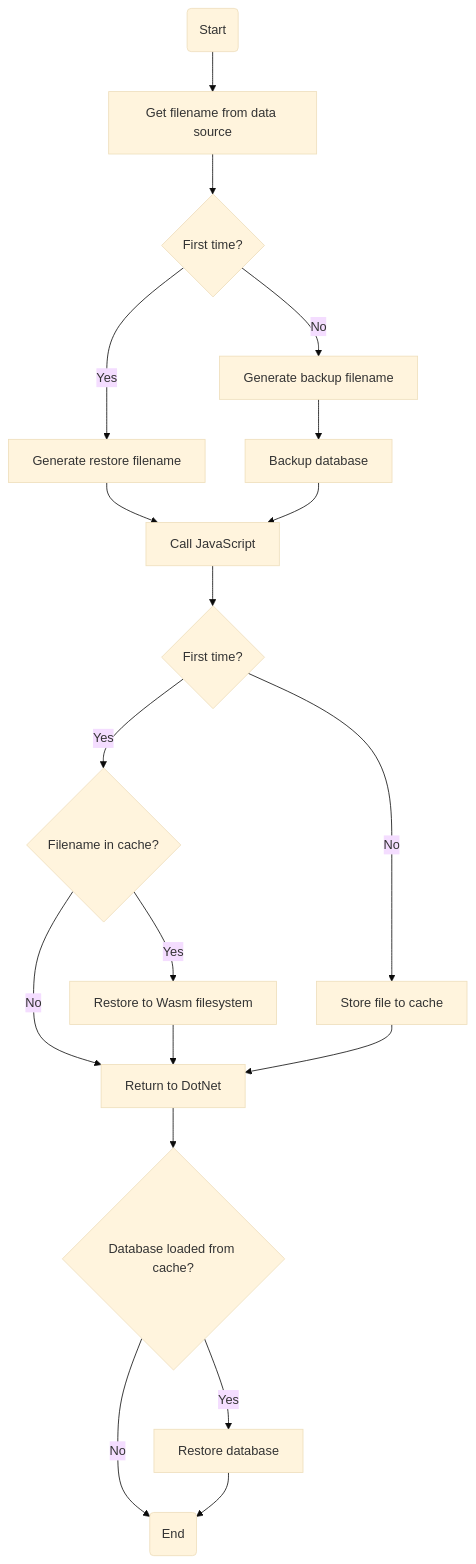
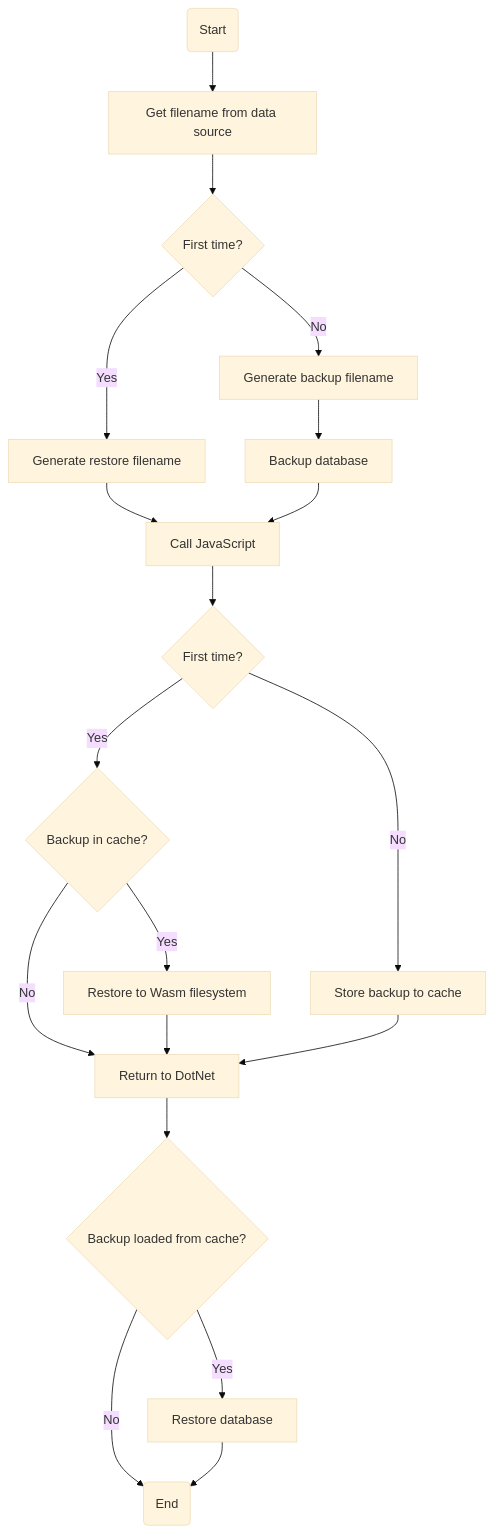
Before and after one commit to JeremyLikness/SqliteWasmHelper: the diagram in README.md, drawn with Mermaid (base theme). The commit also changed other lines of this file, not shown here.

Commit message:
add'l docs #skip_ci

````diff
--- a/README.md
+++ b/README.md
@@ -69,21 +69,21 @@
 ```mermaid
 graph TD
 A(Start) --> B[Get filename from data source]
 B --> C{First time?}
 C -->|Yes| D[Generate restore filename]
 C -->|No| E[Generate backup filename]
 D --> G[Call JavaScript]
 E --> F[Backup database]
 F --> G
 G --> H{First time?}
-H -->|Yes| I{Filename in cache?}
-H -->|No| K[Store file to cache]
+H -->|Yes| I{Backup in cache?}
+H -->|No| K[Store backup to cache]
 I -->|Yes| J[Restore to Wasm filesystem]
 I --> |No| L
 J --> L[Return to DotNet]
 K --> L
-L --> M{Database loaded from cache?}
+L --> M{Backup loaded from cache?}
 M --> |Yes| N[Restore database]
 M --> |No| O(End)
 N --> O
 ```
````
